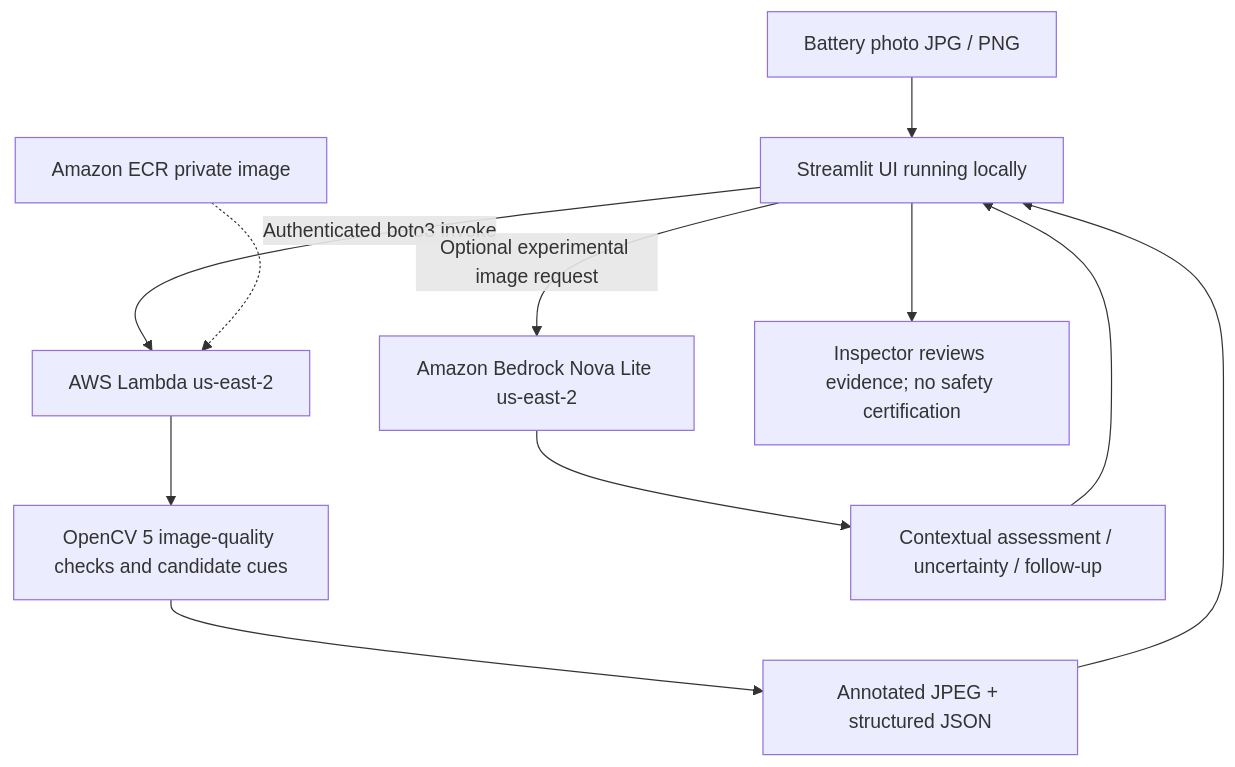
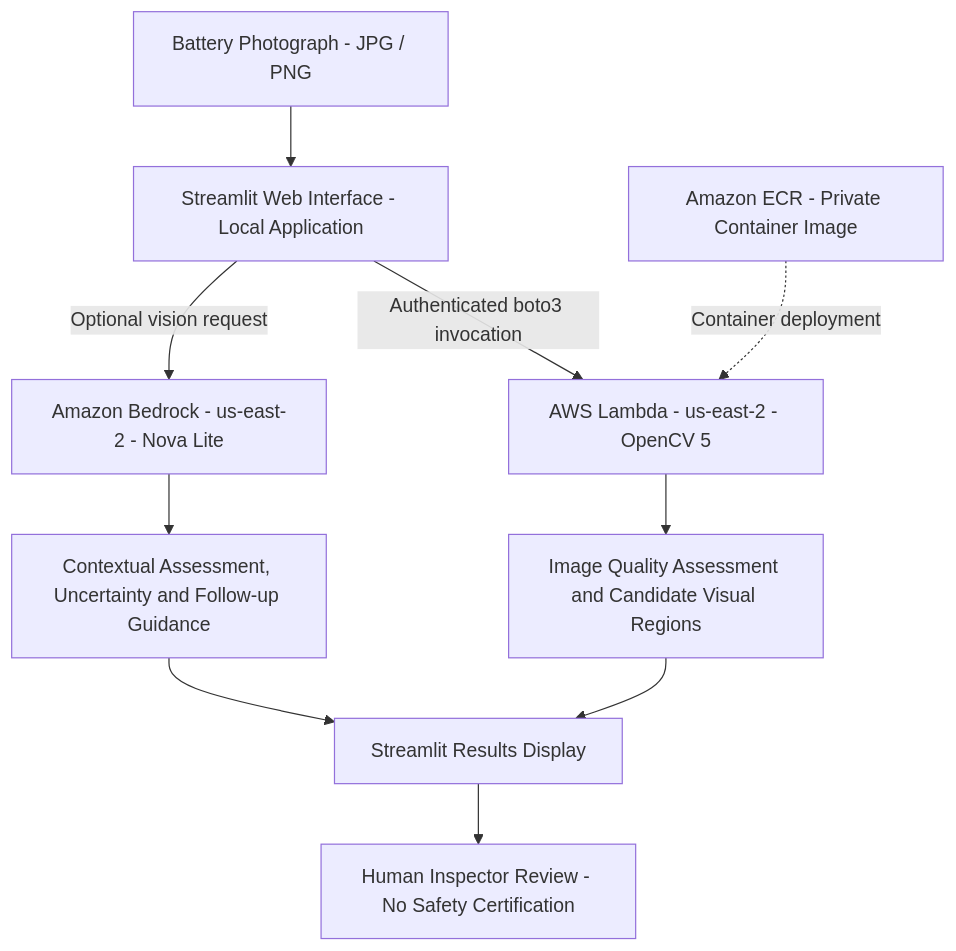
The diagram in ARCHITECTURE.md (binvin/BatteryGuard-Vision), drawn with Mermaid before and after one commit. The commit also changed other lines of this file, not shown here.

````diff
--- a/ARCHITECTURE.md
+++ b/ARCHITECTURE.md
@@ -3,13 +13,20 @@
 ```mermaid
 flowchart TD
-    A[Battery photo JPG / PNG] --> B[Streamlit UI running locally]
-    B -->|Authenticated boto3 invoke| C[AWS Lambda us-east-2]
-    D[Amazon ECR private image] -.-> C
-    C --> E[OpenCV 5 image-quality checks and candidate cues]
-    E --> F[Annotated JPEG + structured JSON]
-    F --> B
-    B -->|Optional experimental image request| G[Amazon Bedrock Nova Lite us-east-2]
-    G --> H[Contextual assessment / uncertainty / follow-up]
-    H --> B
-    B --> I[Inspector reviews evidence; no safety certification]
+    A["Battery Photograph - JPG / PNG"]
+    B["Streamlit Web Interface - Local Application"]
+
+    A --> B
+
+    B -->|"Authenticated boto3 invocation"| C["AWS Lambda - us-east-2 - OpenCV 5"]
+    B -->|"Optional vision request"| D["Amazon Bedrock - us-east-2 - Nova Lite"]
+
+    E["Amazon ECR - Private Container Image"] -.->|"Container deployment"| C
+
+    C --> F["Image Quality Assessment and Candidate Visual Regions"]
+    D --> G["Contextual Assessment, Uncertainty and Follow-up Guidance"]
+
+    F --> H["Streamlit Results Display"]
+    G --> H
+
+    H --> I["Human Inspector Review - No Safety Certification"]
 ```
````
